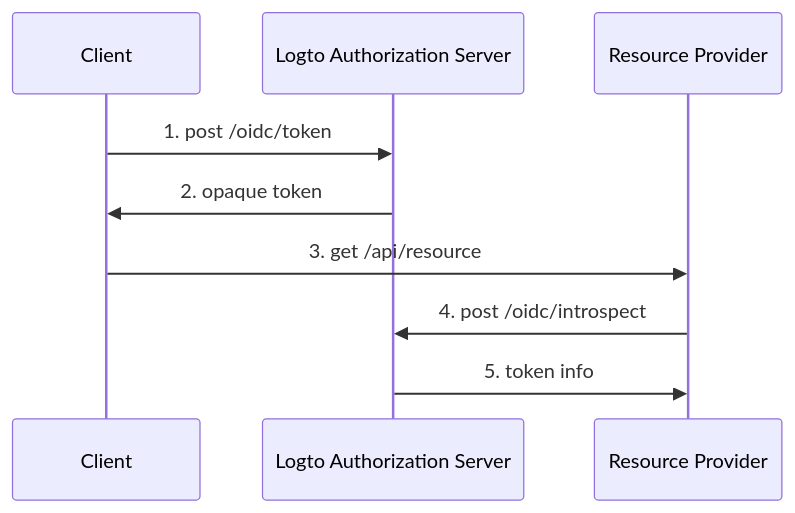
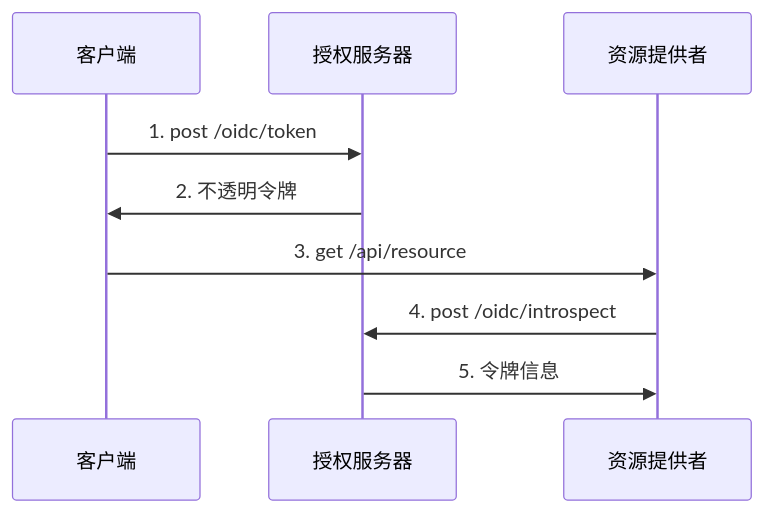
The first of 2 diagrams in src/content/terms/zh/opaque-token.mdx (logto-io/auth-wiki), drawn with Mermaid before and after one commit. The commit also changed other lines of this file and 98 other files, not shown here.

````diff
--- a/src/content/terms/zh/opaque-token.mdx
+++ b/src/content/terms/zh/opaque-token.mdx
@@ -49,13 +49,13 @@
 ```mermaid
 sequenceDiagram
-    participant C as Client
-    participant AS as Logto Authorization Server
-    participant RP as Resource Provider
+    participant C as 客户端
+    participant AS as 授权服务器
+    participant RP as 资源提供者
 
     C ->> AS: 1. post /oidc/token
-    AS ->> C: 2. opaque token
+    AS ->> C: 2. 不透明令牌
     C ->> RP: 3. get /api/resource
     RP ->> AS: 4. post /oidc/introspect
-    AS ->> RP: 5. token info
+    AS ->> RP: 5. 令牌信息
 
 ```
````
